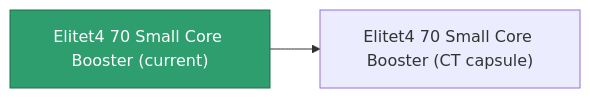
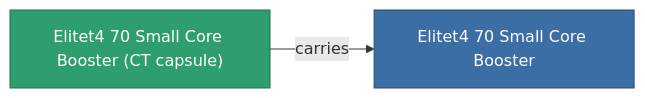
Before and after one commit to OpenPerpetuum/Wiki: the diagram in content/content/items/elitet4_70_small_core_booster.md, drawn with Mermaid. The commit also changed other lines of this file and 2015 other files, not shown here.

````diff
--- a/content/content/items/elitet4_70_small_core_booster.md
+++ b/content/content/items/elitet4_70_small_core_booster.md
@@ -35,8 +35,9 @@
 ```mermaid
 graph LR
-    a["Elitet4 70 Small Core Booster (current)"]:::current
-    b["Elitet4 70 Small Core Booster (CT capsule)"]
-    a --> b
-    click b "/content/items/elitet4-70-small-core-booster-ct-capsule/" "Elitet4 70 Small Core Booster (CT capsule)"
+    a["Elitet4 70 Small Core Booster (CT capsule)"]:::current
+    b["Elitet4 70 Small Core Booster"]:::finished
+    a -->|carries| b
+                click b "/content/items/elitet4-70-small-core-booster/" "Elitet4 70 Small Core Booster"
     classDef current fill:#2f9e6f,stroke:#1f6f4a,color:#ffffff
+    classDef finished fill:#3b6ea5,stroke:#274a75,color:#ffffff
 ```
````
